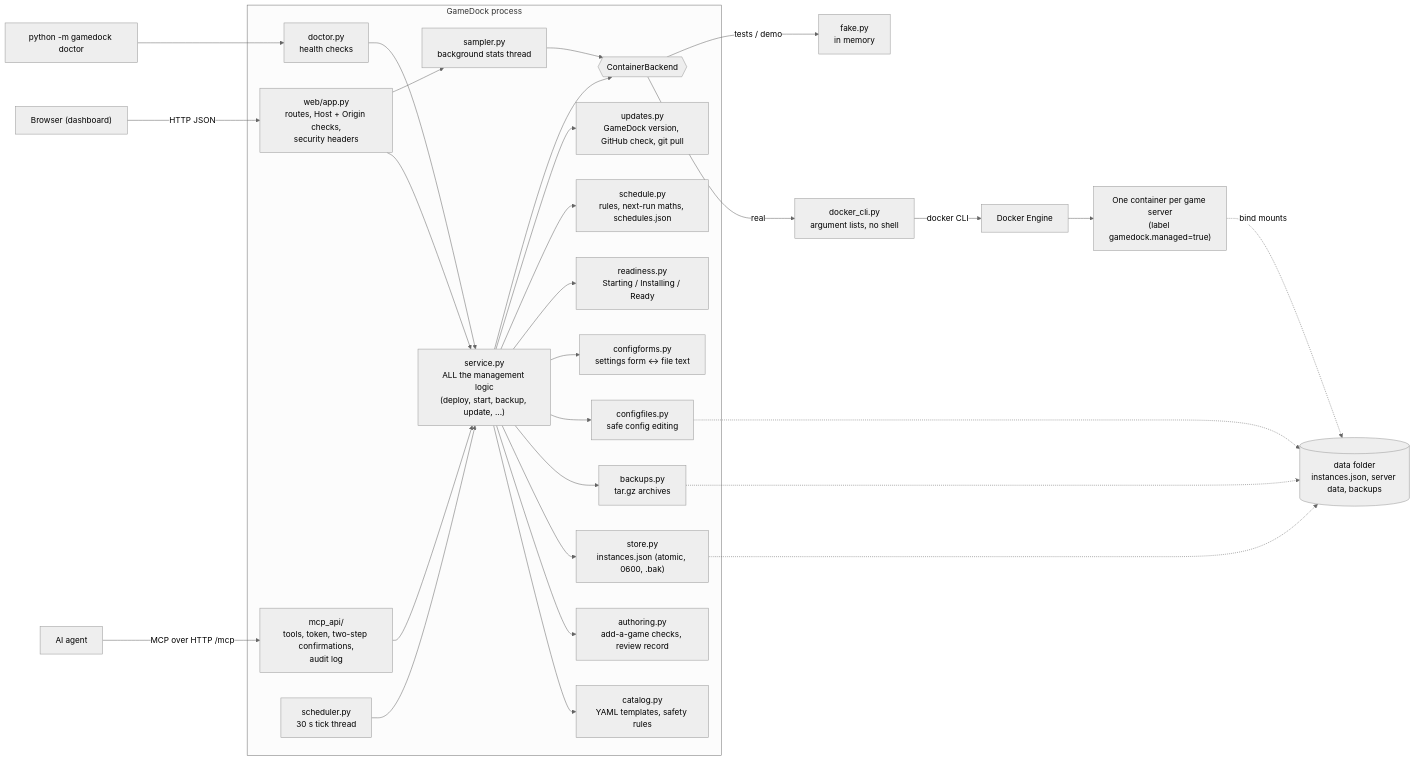
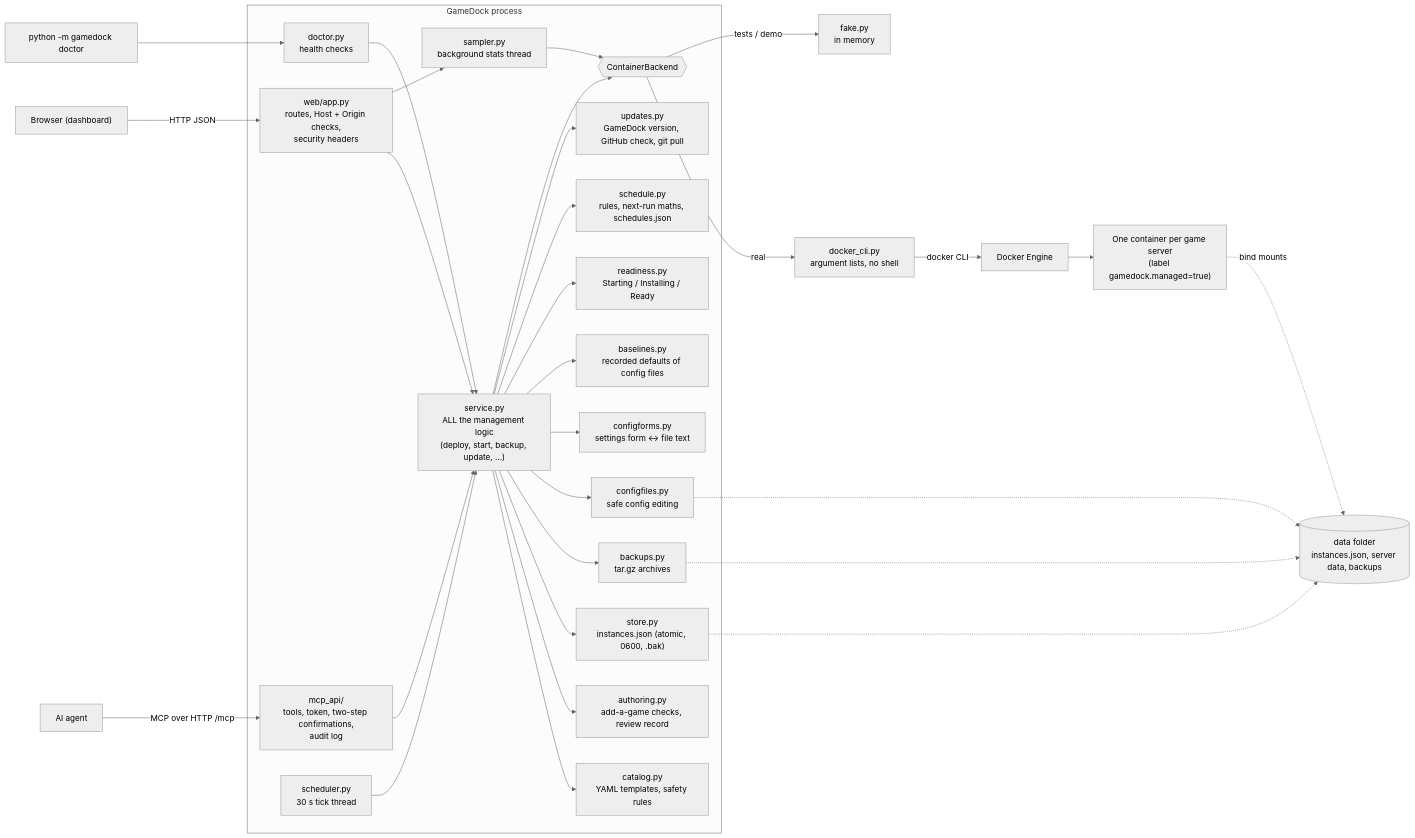
Before and after one commit to jacobbweber/GameDock: the diagram in docs/ARCHITECTURE.md, drawn with Mermaid (neutral theme). The commit also changed other lines of this file and 31 other files, not shown here.

Commit message:
0.5.2: Config form remembers the game's defaults and marks what differs (baselines, Not default markers, filters, Reset, get_config_changes)

````diff
--- a/docs/ARCHITECTURE.md
+++ b/docs/ARCHITECTURE.md
@@ -5,38 +5,39 @@
 ```mermaid
 flowchart LR
     Browser["Browser (dashboard)"] -->|HTTP JSON| Web
     Agent["AI agent"] -->|MCP over HTTP /mcp| MCP
     CLI["python -m gamedock doctor"] --> Doctor
 
     subgraph GameDock process
         Web["web/app.py<br/>routes, Host + Origin checks,<br/>security headers"]
         MCP["mcp_api/<br/>tools, token, two-step confirmations,<br/>audit log"]
         Doctor["doctor.py<br/>health checks"]
         Service["service.py<br/>ALL the management logic<br/>(deploy, start, backup, update, ...)"]
         Web --> Service
         MCP --> Service
         Doctor --> Service
         Service --> Catalog["catalog.py<br/>YAML templates, safety rules"]
         Service --> Authoring["authoring.py<br/>add-a-game checks, review record"]
         Service --> Store["store.py<br/>instances.json (atomic, 0600, .bak)"]
         Service --> Backups["backups.py<br/>tar.gz archives"]
         Service --> Config["configfiles.py<br/>safe config editing"]
         Service --> Forms["configforms.py<br/>settings form <-> file text"]
+        Service --> Baselines["baselines.py<br/>recorded defaults of config files"]
         Service --> Ready["readiness.py<br/>Starting / Installing / Ready"]
         Service --> Sched["schedule.py<br/>rules, next-run maths, schedules.json"]
         Service --> Updates["updates.py<br/>GameDock version, GitHub check, git pull"]
         Scheduler["scheduler.py<br/>30 s tick thread"] --> Service
         Service --> Backend{{"ContainerBackend"}}
         Sampler["sampler.py<br/>background stats thread"] --> Backend
         Web --> Sampler
     end
 
     Backend -->|real| DockerCli["docker_cli.py<br/>argument lists, no shell"]
     Backend -->|tests / demo| Fake["fake.py<br/>in memory"]
     DockerCli -->|docker CLI| Engine["Docker Engine"]
     Engine --> Games["One container per game server<br/>(label gamedock.managed=true)"]
     Store -.-> Files[("data folder<br/>instances.json, server data, backups")]
     Backups -.-> Files
     Config -.-> Files
     Games -.->|bind mounts| Files
 ```
````
